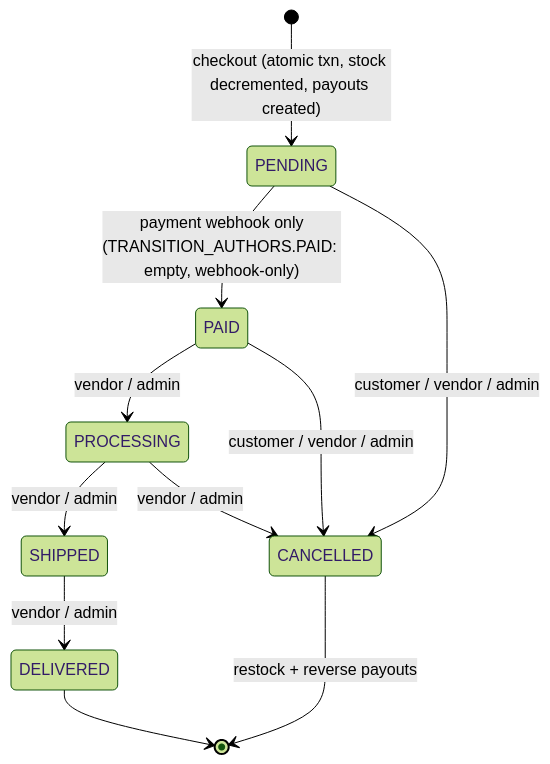
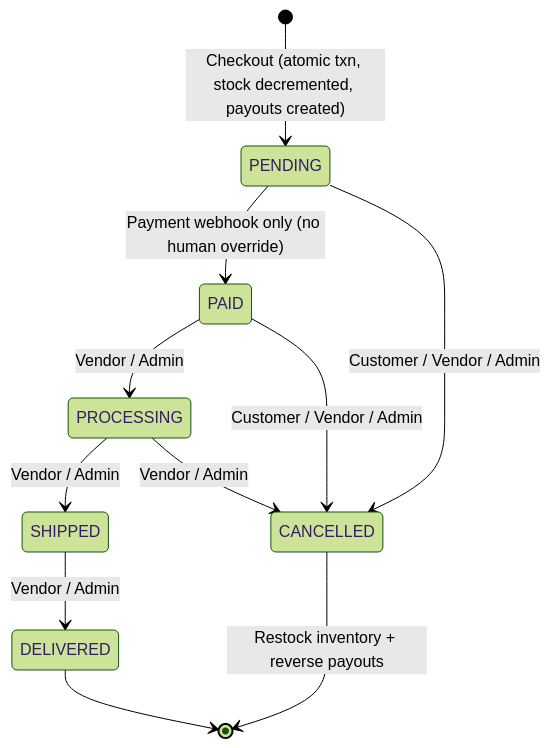
The third of 3 diagrams in README.md (rishav579/meridian-market), drawn with Mermaid (forest theme) before and after one commit. The commit also changed other lines of this file and 25 other files, not shown here.

````diff
--- a/README.md
+++ b/README.md
@@ -178,13 +200,13 @@
 ```mermaid
 stateDiagram-v2
-    [*] --> PENDING : checkout (atomic txn, stock decremented, payouts created)
-    PENDING --> PAID : payment webhook only<br/>(TRANSITION_AUTHORS.PAID: empty, webhook-only)
-    PENDING --> CANCELLED : customer / vendor / admin
-    PAID --> PROCESSING : vendor / admin
-    PAID --> CANCELLED : customer / vendor / admin
-    PROCESSING --> SHIPPED : vendor / admin
-    PROCESSING --> CANCELLED : vendor / admin
-    SHIPPED --> DELIVERED : vendor / admin
+    [*] --> PENDING : Checkout (atomic txn, stock decremented, payouts created)
+    PENDING --> PAID : Payment webhook only (no human override)
+    PENDING --> CANCELLED : Customer / Vendor / Admin
+    PAID --> PROCESSING : Vendor / Admin
+    PAID --> CANCELLED : Customer / Vendor / Admin
+    PROCESSING --> SHIPPED : Vendor / Admin
+    PROCESSING --> CANCELLED : Vendor / Admin
+    SHIPPED --> DELIVERED : Vendor / Admin
     DELIVERED --> [*]
-    CANCELLED --> [*] : restock + reverse payouts
+    CANCELLED --> [*] : Restock inventory + reverse payouts
 ```
````
